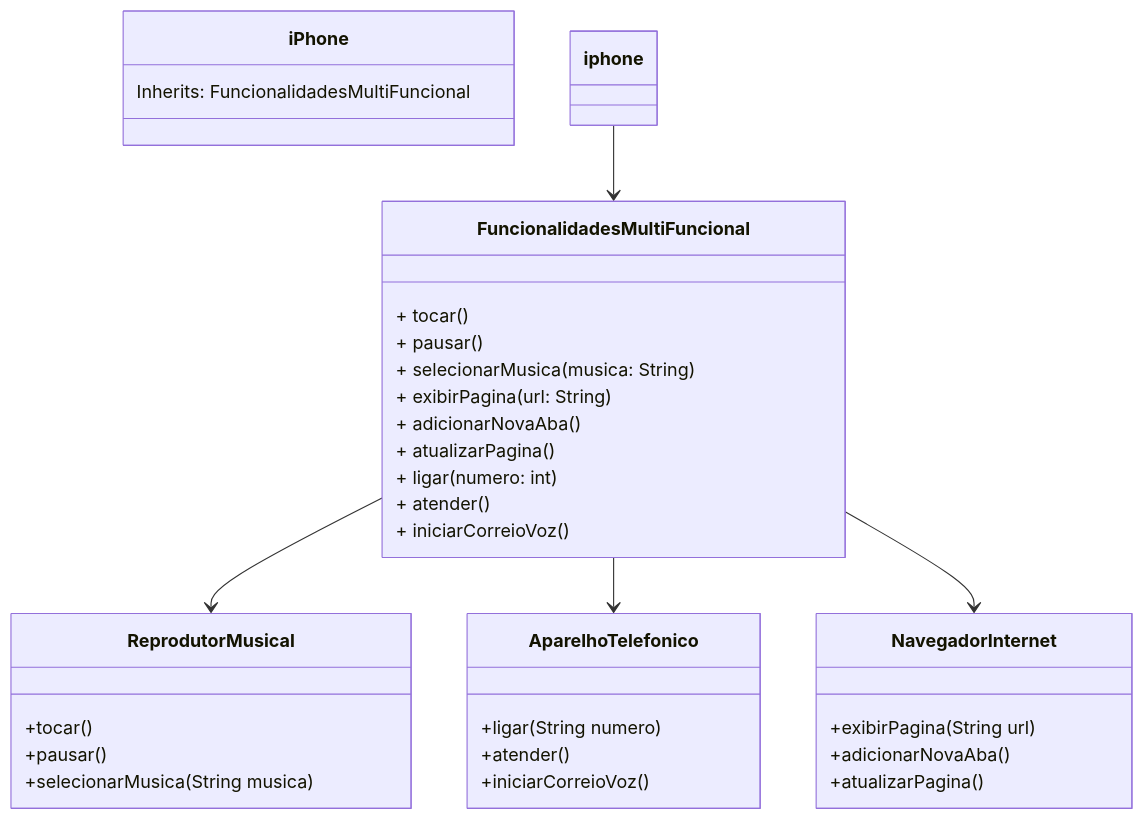
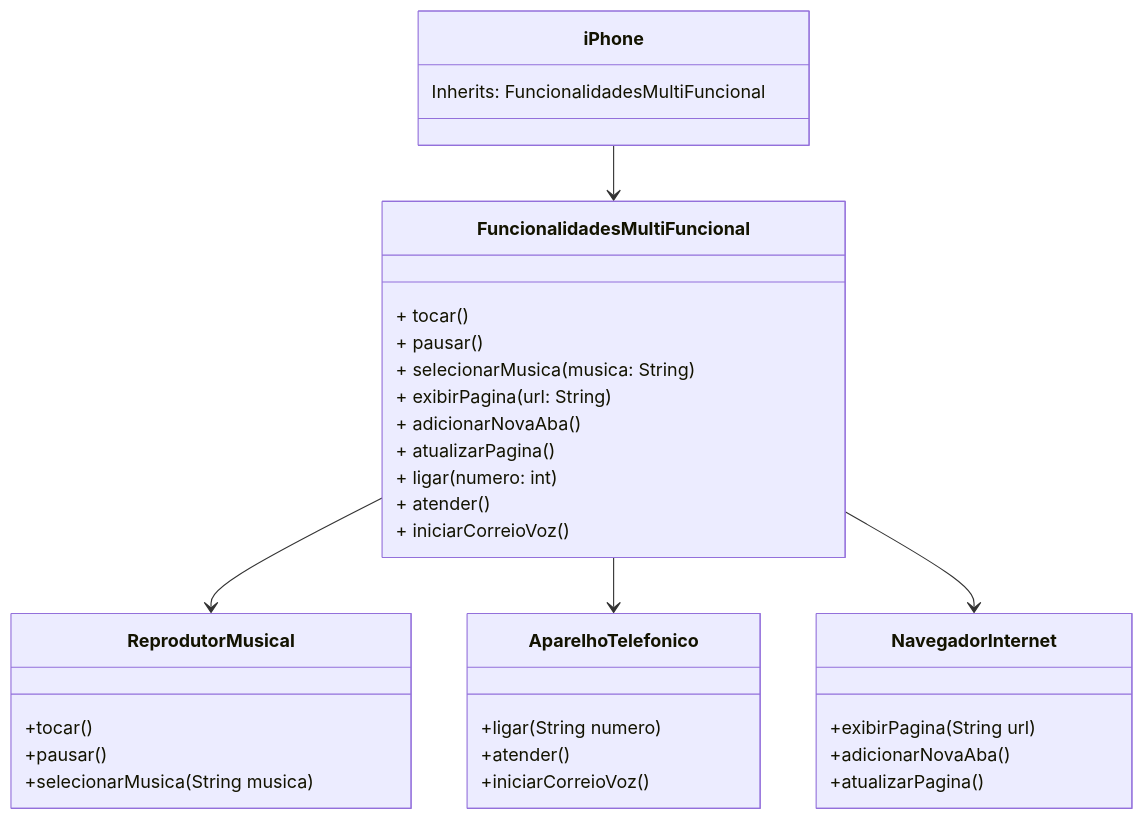
The diagram in DesafioDiagramacaoDeClassesDoIphone/README.md (AdrianoCarvalho1/dio-trilha-java-basico-desafios), drawn with Mermaid before and after one commit.

````diff
--- a/DesafioDiagramacaoDeClassesDoIphone/README.md
+++ b/DesafioDiagramacaoDeClassesDoIphone/README.md
@@ -8,41 +8,41 @@
 ```mermaid
 classDiagram
     class ReprodutorMusical {
         +tocar()
         +pausar()
         +selecionarMusica(String musica)
     }
 
     class AparelhoTelefonico {
         +ligar(String numero)
         +atender()
         +iniciarCorreioVoz()
     }
 
     class NavegadorInternet {
         +exibirPagina(String url)
         +adicionarNovaAba()
         +atualizarPagina()
     }
 
     class FuncionalidadesMultiFuncional {
         + tocar()
         + pausar()
         + selecionarMusica(musica: String)
         + exibirPagina(url: String)   
         + adicionarNovaAba()   
         + atualizarPagina()    
         + ligar(numero: int)    
         + atender()      
         + iniciarCorreioVoz()
     }
 
     class iPhone {
         Inherits: FuncionalidadesMultiFuncional
     }
 
-    iphone --> FuncionalidadesMultiFuncional
+    iPhone --> FuncionalidadesMultiFuncional
     FuncionalidadesMultiFuncional --> ReprodutorMusical
     FuncionalidadesMultiFuncional --> AparelhoTelefonico
     FuncionalidadesMultiFuncional --> NavegadorInternet
 ```
````
